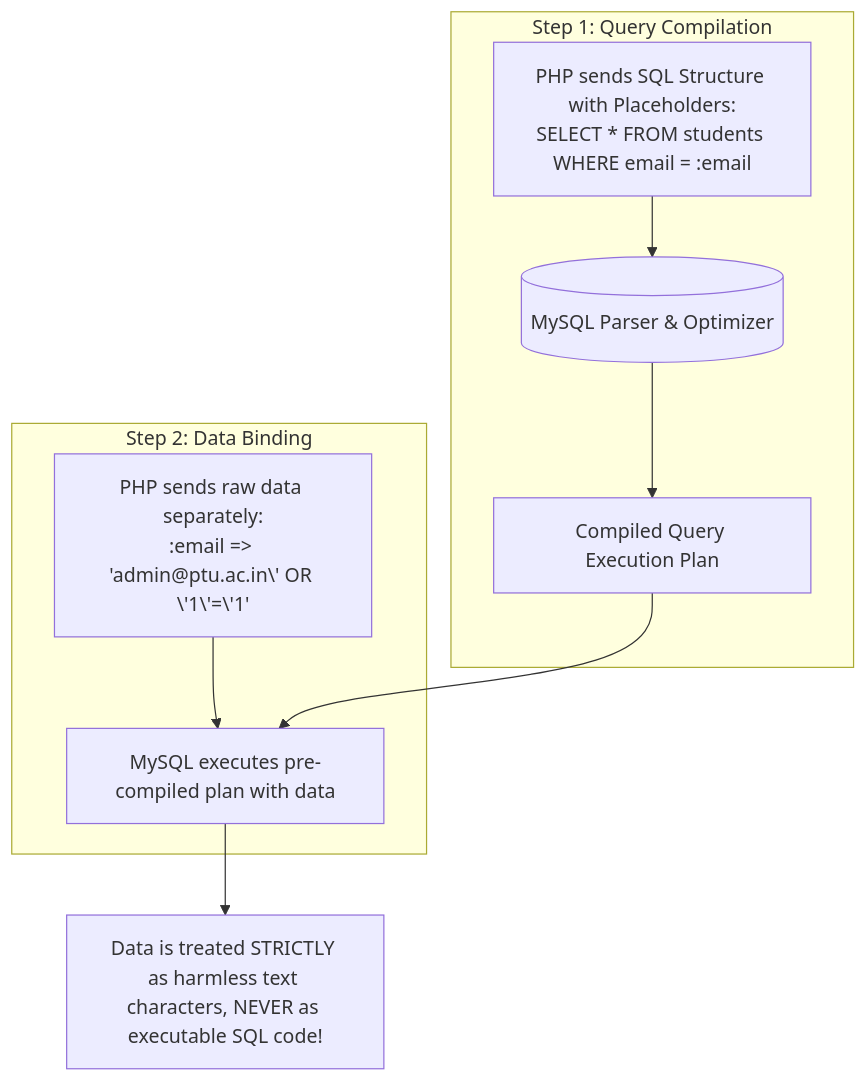
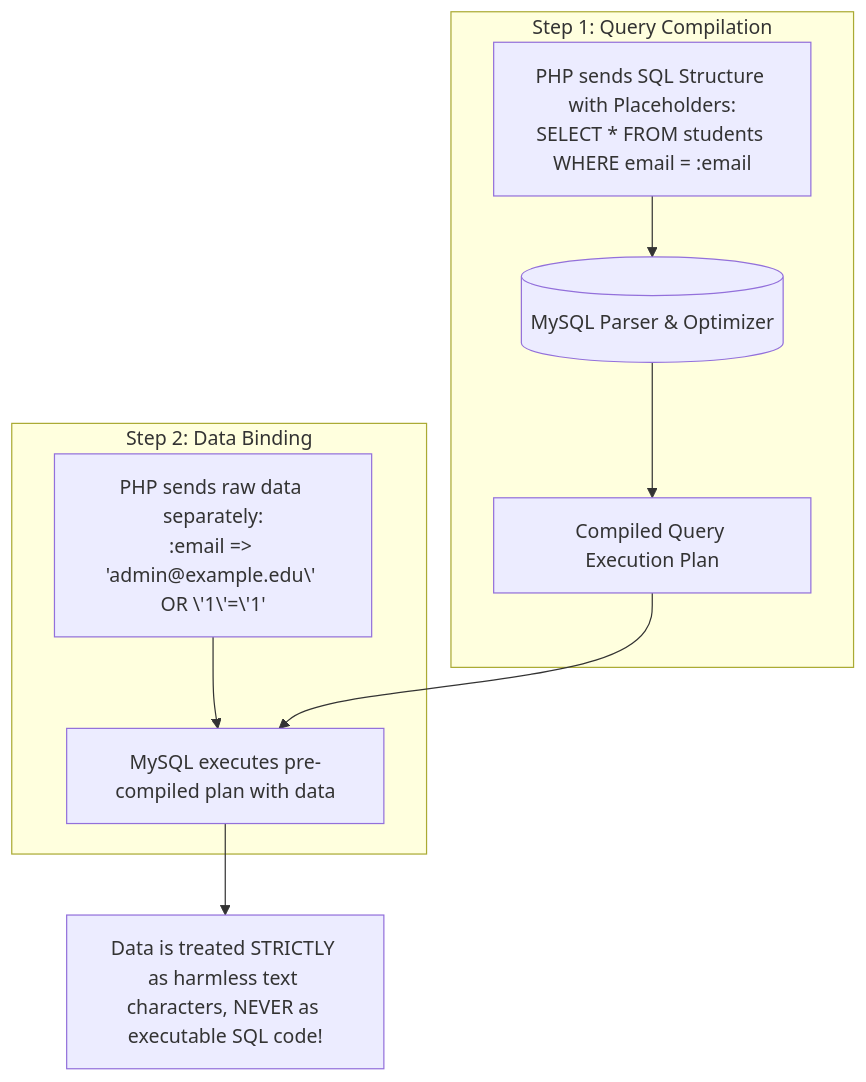
The second of 3 diagrams in UNIT_04_RDBMS_MYSQL_AND_PDO.md (dr-rameshwer/php_2026), drawn with Mermaid before and after one commit. The commit also changed other lines of this file and 31 other files, not shown here.

````diff
--- a/UNIT_04_RDBMS_MYSQL_AND_PDO.md
+++ b/UNIT_04_RDBMS_MYSQL_AND_PDO.md
@@ -231,16 +231,16 @@
 ```mermaid
 flowchart TD
     subgraph Step 1: Query Compilation
         Q["PHP sends SQL Structure with Placeholders:<br>SELECT * FROM students WHERE email = :email"]
         Q --> DB[(MySQL Parser & Optimizer)]
         DB --> Plan[Compiled Query Execution Plan]
     end
 
     subgraph Step 2: Data Binding
-        Data["PHP sends raw data separately:<br>:email => 'admin@ptu.ac.in\' OR \'1\'=\'1'"]
+        Data["PHP sends raw data separately:<br>:email => 'admin@example.edu\' OR \'1\'=\'1'"]
         Data --> Exec[MySQL executes pre-compiled plan with data]
     end
 
     Plan --> Exec
     Exec --> Safe[Data is treated STRICTLY as harmless text characters, NEVER as executable SQL code!]
 ```
````
